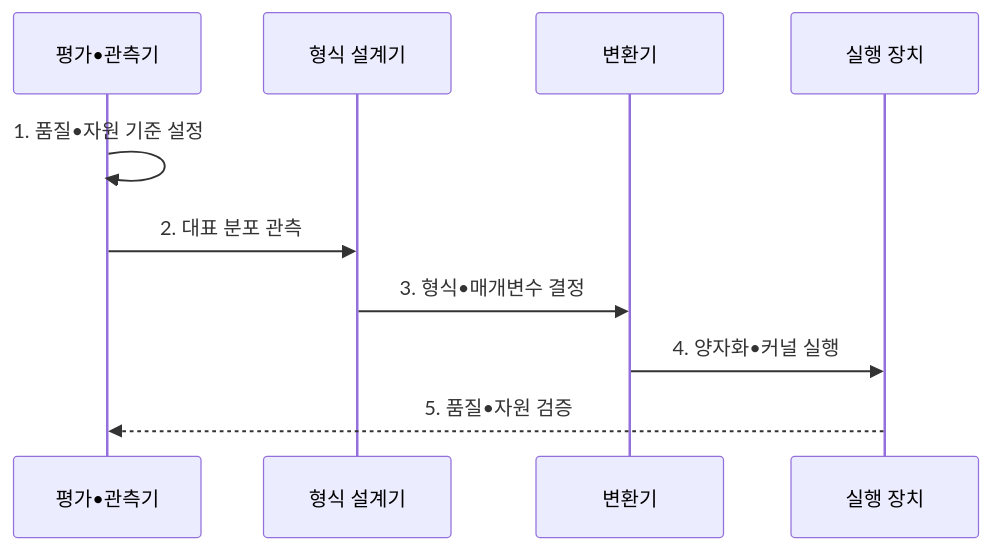
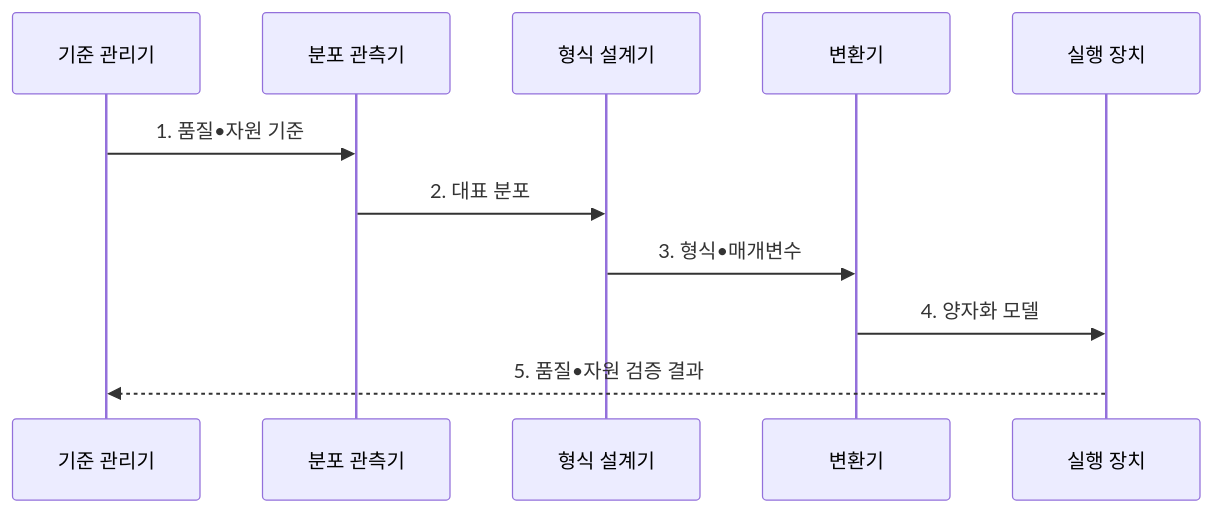
One commit to agnusdei1207/knowledge-base changed the second of 2 diagrams in src/content/docs/notes/08-latest-tech/056_quantization.md. Above: the diagram before and after it, drawn with Mermaid. The commit also changed other lines of this file and 20 other files, not shown here.

````diff
--- a/src/content/docs/notes/08-latest-tech/056_quantization.md
+++ b/src/content/docs/notes/08-latest-tech/056_quantization.md
@@ -107,12 +107,13 @@
 ```mermaid
 sequenceDiagram
-  participant E as 평가•관측기
+  participant B as 기준 관리기
+  participant E as 분포 관측기
   participant P as 형식 설계기
   participant Q as 변환기
   participant H as 실행 장치
-  E->>E: 1. 품질•자원 기준 설정
-  E->>P: 2. 대표 분포 관측
-  P->>Q: 3. 형식•매개변수 결정
-  Q->>H: 4. 양자화•커널 실행
-  H-->>E: 5. 품질•자원 검증
+  B->>E: 1. 품질•자원 기준
+  E->>P: 2. 대표 분포
+  P->>Q: 3. 형식•매개변수
+  Q->>H: 4. 양자화 모델
+  H-->>B: 5. 품질•자원 검증 결과
 ```
````
